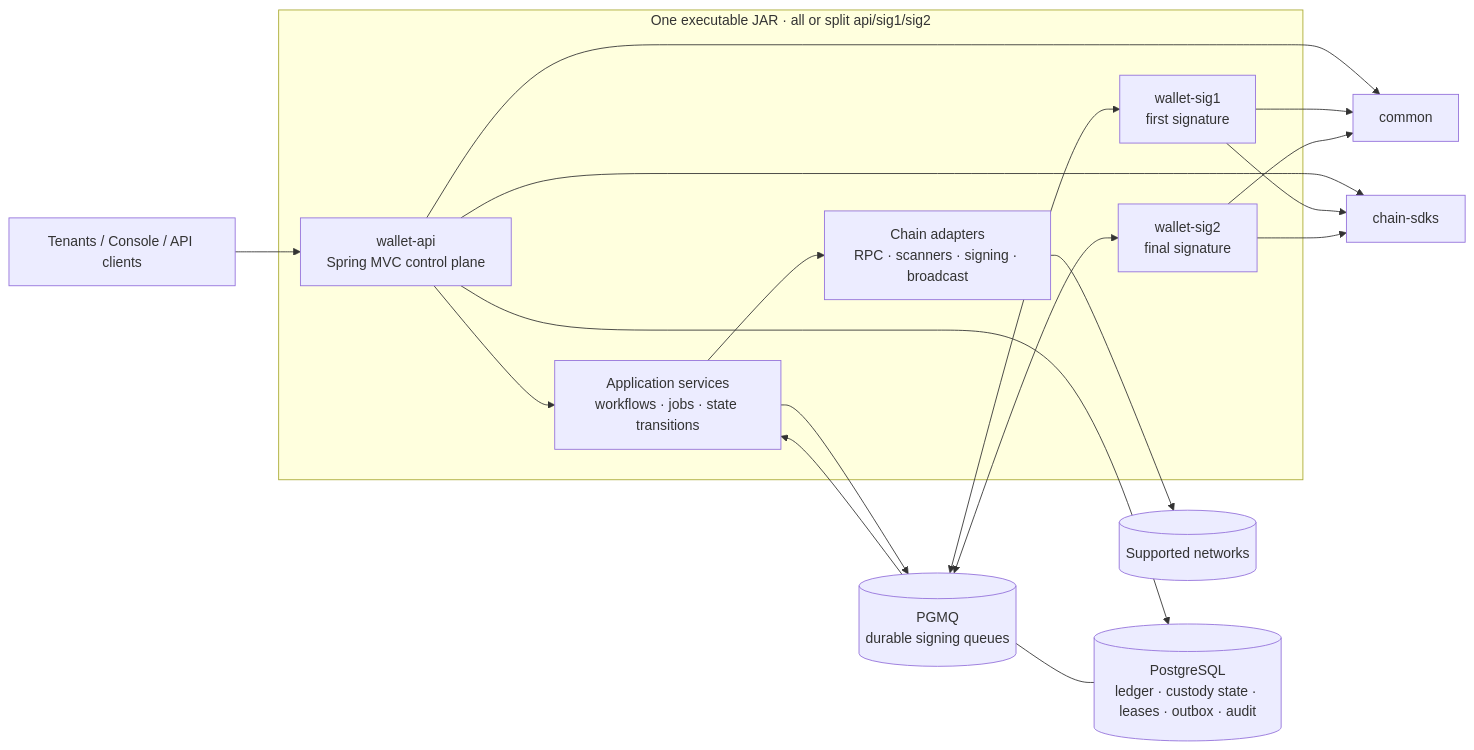
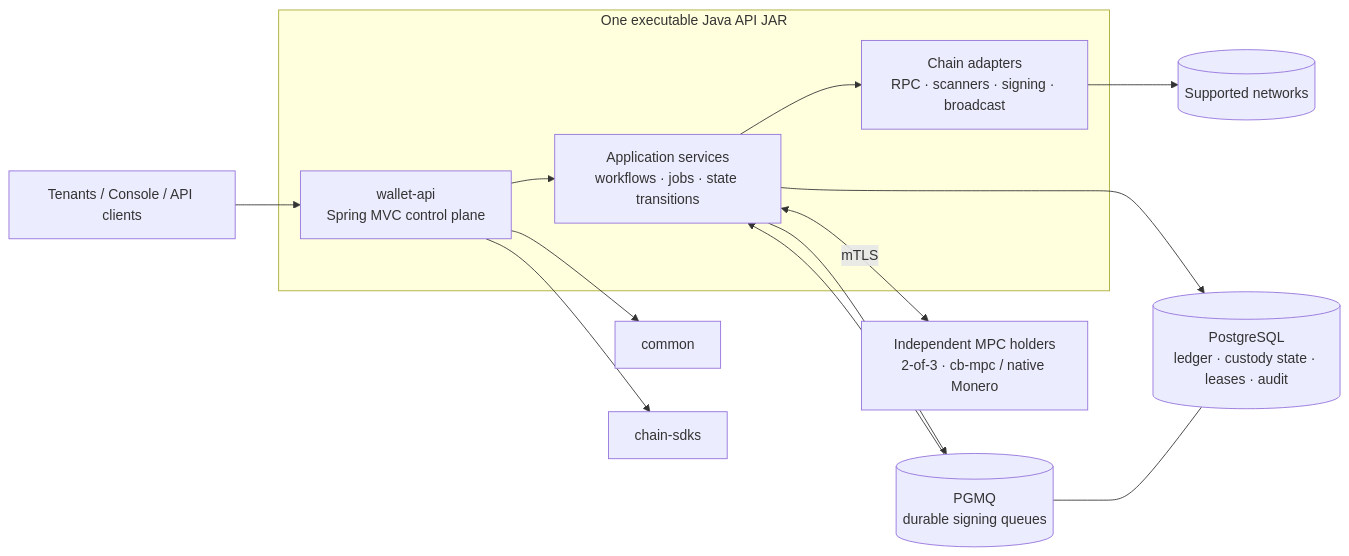
One commit to lilaizhencn/surprising-wallet changed the diagram in README.md. Above: the diagram before and after it, drawn with Mermaid. The commit also changed other lines of this file and 603 other files, not shown here.

First line of the commit message:
feat: integrate independent MPC signing across all chains

````diff
--- a/README.md
+++ b/README.md
@@ -75,26 +75,19 @@
 ```mermaid
 flowchart LR
-    subgraph Runtime["One executable JAR · all or split api/sig1/sig2"]
+    subgraph Runtime["One executable Java API JAR"]
     API
     Services
     Adapters
-    Sig1
-    Sig2
     end
     Tenant[Tenants / Console / API clients] --> API[wallet-api<br/>Spring MVC control plane]
     API --> Services[Application services<br/>workflows · jobs · state transitions]
     Services --> Adapters[Chain adapters<br/>RPC · scanners · signing · broadcast]
     Adapters --> Networks[(Supported networks)]
-    API --> PostgreSQL[(PostgreSQL<br/>ledger · custody state · leases · outbox · audit)]
+    Services --> PostgreSQL[(PostgreSQL<br/>ledger · custody state · leases · audit)]
     Services --> PGMQ[(PGMQ<br/>durable signing queues)]
     PGMQ --- PostgreSQL
-    PGMQ <--> Sig1[wallet-sig1<br/>first signature]
-    PGMQ <--> Sig2[wallet-sig2<br/>final signature]
     PGMQ --> Services
+    Services <-->|mTLS| MPC[Independent MPC holders<br/>2-of-3 · cb-mpc / native Monero]
     API --> Common[common]
-    Sig1 --> Common
-    Sig2 --> Common
     API --> SDKs[chain-sdks]
-    Sig1 --> SDKs
-    Sig2 --> SDKs
 ```
````
